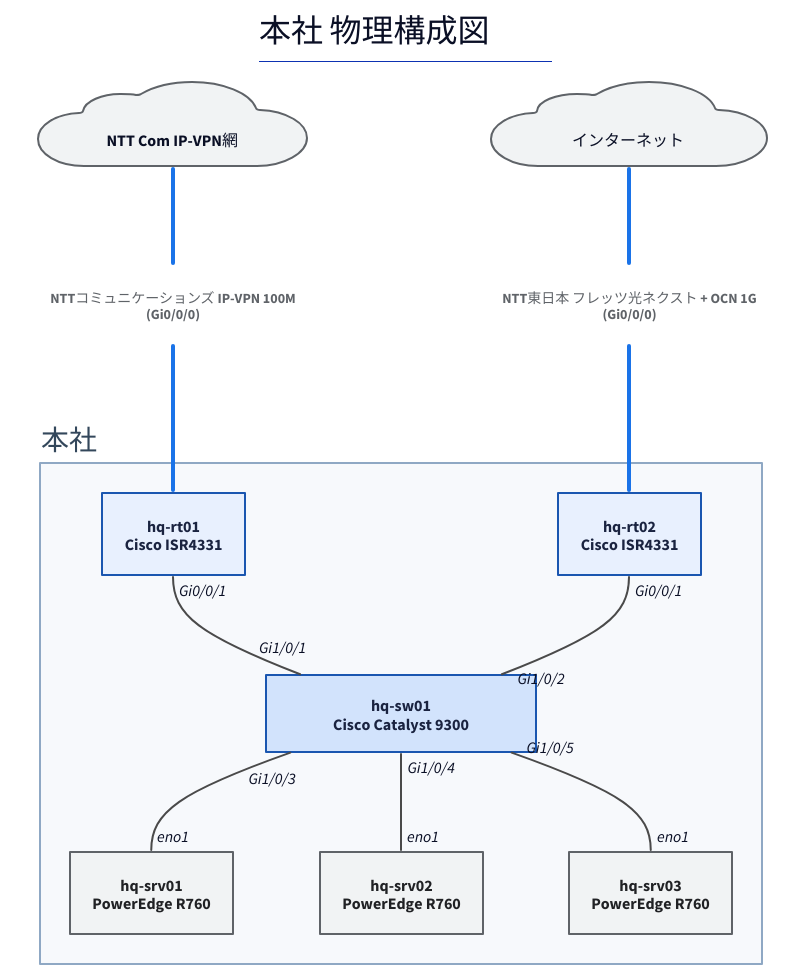
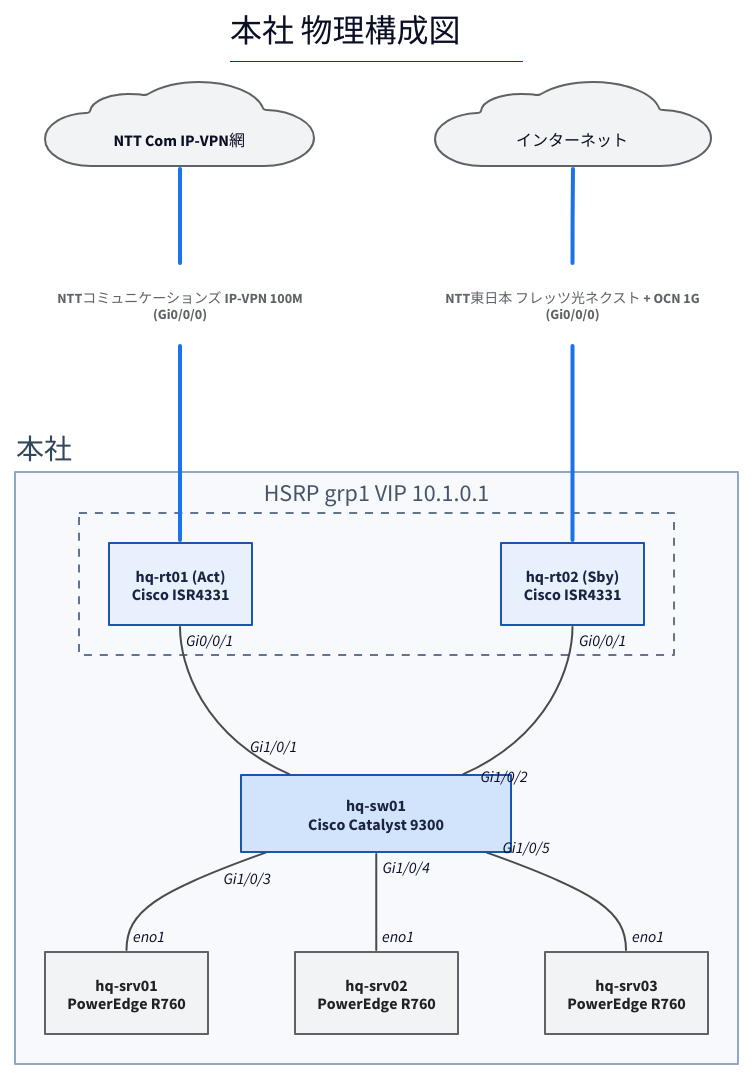
The diagram in examples/sample-corp/generated/hq-physical.d2 (thinas1115/nwdsl), drawn with D2 before and after one commit. The commit also changed 91 other files, not shown here.

```diff
--- a/examples/sample-corp/generated/hq-physical.d2
+++ b/examples/sample-corp/generated/hq-physical.d2
@@ -1,49 +1,53 @@
 title: |md
   # 本社 物理構成図
 | {near: top-center}
 direction: down
 
 classes: {
   role-router: {style.fill: "#e8f0fe"; style.stroke: "#1a56b0"; style.font-color: "#1a2340"}
   role-l3switch: {style.fill: "#d2e3fc"; style.stroke: "#1a56b0"; style.font-color: "#1a2340"}
   role-l2switch: {style.fill: "#e6f4ea"; style.stroke: "#137333"; style.font-color: "#1a2e1f"}
   role-firewall: {style.fill: "#fce8e6"; style.stroke: "#c5221f"; style.font-color: "#3c1a19"}
   role-other: {style.fill: "#f1f3f4"; style.stroke: "#5f6368"; style.font-color: "#202124"}
   node-cloud: {shape: cloud; style.fill: "#f1f3f4"; style.stroke: "#5f6368"}
   node-site: {style.fill: "#fff8e1"; style.stroke: "#b58105"; style.font-color: "#4a3a08"}
   node-segment: {style.fill: "#e2f5f0"; style.stroke: "#0f766e"; style.font-color: "#0b3d38"; style.border-radius: 12}
   node-external: {style.fill: "#ffffff"; style.stroke: "#9aa0a6"; style.stroke-dash: 3}
   group-site: {style.fill: "#f7f9fc"; style.stroke: "#8fa8c4"; style.font-color: "#33475b"}
+  group-redundancy: {style.fill: "transparent"; style.stroke: "#64748b"; style.stroke-dash: 4; style.font-color: "#475569"}
   edge-label: {style.fill: "transparent"; style.stroke: "transparent"; style.font-size: 14; style.font-color: "#5f6368"; style.italic: true}
   edge-lan-cable: {style.stroke: "#4a4a4a"; style.stroke-width: 2}
   edge-wan-circuit: {style.stroke: "#1a73e8"; style.stroke-width: 4}
   edge-tunnel: {style.stroke: "#7b1fa2"; style.stroke-width: 2; style.stroke-dash: 5}
   edge-logical: {style.stroke: "#188038"; style.stroke-width: 2; style.stroke-dash: 3}
   edge-segment: {style.stroke: "#0f766e"; style.stroke-width: 1}
 }
 
 s_hq: "本社" {
   class: group-site
   label.near: outside-top-left
-  n_hq_rt01: "hq-rt01\nCisco ISR4331" {class: role-router}
+  rg_hq_wan_rt: "HSRP grp1 VIP 10.1.0.1" {
+    class: group-redundancy
+    n_hq_rt01: "hq-rt01 (Act)\nCisco ISR4331" {class: role-router}
+    n_hq_rt02: "hq-rt02 (Sby)\nCisco ISR4331" {class: role-router}
+  }
   n_hq_sw01: "hq-sw01\nCisco Catalyst 9300" {class: role-l3switch; width: 270}
-  n_hq_rt02: "hq-rt02\nCisco ISR4331" {class: role-router}
   n_hq_srv01: "hq-srv01\nPowerEdge R760" {class: role-other}
   n_hq_srv02: "hq-srv02\nPowerEdge R760" {class: role-other}
   n_hq_srv03: "hq-srv03\nPowerEdge R760" {class: role-other}
 }
 
 n_ipvpn: "　NTT Com IP-VPN網　" {class: node-cloud}
 n_internet: "　インターネット　" {class: node-cloud}
 
-s_hq.n_hq_rt01 -- s_hq.n_hq_sw01 {class: edge-lan-cable; source-arrowhead.label: "Gi0/0/1"; target-arrowhead.label: "Gi1/0/1"}
-s_hq.n_hq_rt02 -- s_hq.n_hq_sw01 {class: edge-lan-cable; source-arrowhead.label: "Gi0/0/1"; target-arrowhead.label: "Gi1/0/2"}
+s_hq.rg_hq_wan_rt.n_hq_rt01 -- s_hq.n_hq_sw01 {class: edge-lan-cable; source-arrowhead.label: "Gi0/0/1"; target-arrowhead.label: "Gi1/0/1"}
+s_hq.rg_hq_wan_rt.n_hq_rt02 -- s_hq.n_hq_sw01 {class: edge-lan-cable; source-arrowhead.label: "Gi0/0/1"; target-arrowhead.label: "Gi1/0/2"}
 s_hq.n_hq_sw01 -- s_hq.n_hq_srv01 {class: edge-lan-cable; source-arrowhead.label: "Gi1/0/3"; target-arrowhead.label: "eno1"}
 s_hq.n_hq_sw01 -- s_hq.n_hq_srv02 {class: edge-lan-cable; source-arrowhead.label: "Gi1/0/4"; target-arrowhead.label: "eno1"}
 s_hq.n_hq_sw01 -- s_hq.n_hq_srv03 {class: edge-lan-cable; source-arrowhead.label: "Gi1/0/5"; target-arrowhead.label: "eno1"}
 lbl_5: "NTTコミュニケーションズ IP-VPN 100M\n(Gi0/0/0)" {class: edge-label}
 n_ipvpn -- lbl_5 {class: edge-wan-circuit}
-lbl_5 -- s_hq.n_hq_rt01 {class: edge-wan-circuit}
+lbl_5 -- s_hq.rg_hq_wan_rt.n_hq_rt01 {class: edge-wan-circuit}
 lbl_6: "NTT東日本 フレッツ光ネクスト + OCN 1G\n(Gi0/0/0)" {class: edge-label}
 n_internet -- lbl_6 {class: edge-wan-circuit}
-lbl_6 -- s_hq.n_hq_rt02 {class: edge-wan-circuit}
+lbl_6 -- s_hq.rg_hq_wan_rt.n_hq_rt02 {class: edge-wan-circuit}
```
